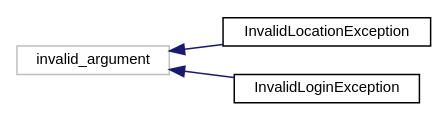
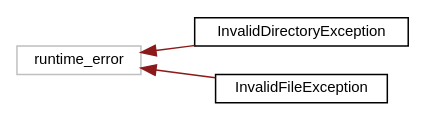
The diagram in inherit_graph_17.dot (ctrlMarcio/feup-cal-proj), drawn with Graphviz before and after one commit. The commit also changed 99 other files, not shown here.

```diff
--- a/inherit_graph_17.dot
+++ b/inherit_graph_17.dot
@@ -1,11 +1,11 @@
 digraph "Graphical Class Hierarchy"
 {
   edge [fontname="Helvetica",fontsize="10",labelfontname="Helvetica",labelfontsize="10"];
   node [fontname="Helvetica",fontsize="10",shape=record];
   rankdir="LR";
-  Node7 [label="invalid_argument",height=0.2,width=0.4,color="grey75", fillcolor="white", style="filled"];
-  Node7 -> Node0 [dir="back",color="midnightblue",fontsize="10",style="solid",fontname="Helvetica"];
-  Node0 [label="InvalidLocationException",height=0.2,width=0.4,color="black", fillcolor="white", style="filled",URL="$classInvalidLocationException.html"];
-  Node7 -> Node9 [dir="back",color="midnightblue",fontsize="10",style="solid",fontname="Helvetica"];
-  Node9 [label="InvalidLoginException",height=0.2,width=0.4,color="black", fillcolor="white", style="filled",URL="$classInvalidLoginException.html",tooltip="Represents an exception thrown then a bad login is executed. "];
+  Node1 [label="runtime_error",height=0.2,width=0.4,color="grey75", fillcolor="white", style="filled"];
+  Node1 -> Node0 [dir="back",color="firebrick4",fontsize="10",style="solid",fontname="Helvetica"];
+  Node0 [label="InvalidDirectoryException",height=0.2,width=0.4,color="black", fillcolor="white", style="filled",URL="$classInvalidDirectoryException.html",tooltip="Represents an exception thrown whenever an attempt to work with an invalid directory (e..."];
+  Node1 -> Node3 [dir="back",color="firebrick4",fontsize="10",style="solid",fontname="Helvetica"];
+  Node3 [label="InvalidFileException",height=0.2,width=0.4,color="black", fillcolor="white", style="filled",URL="$classInvalidFileException.html",tooltip="Represents an exception thrown whenever an attempt to work with an invalid file (e.g. non-existent) is made. "];
 }
```
